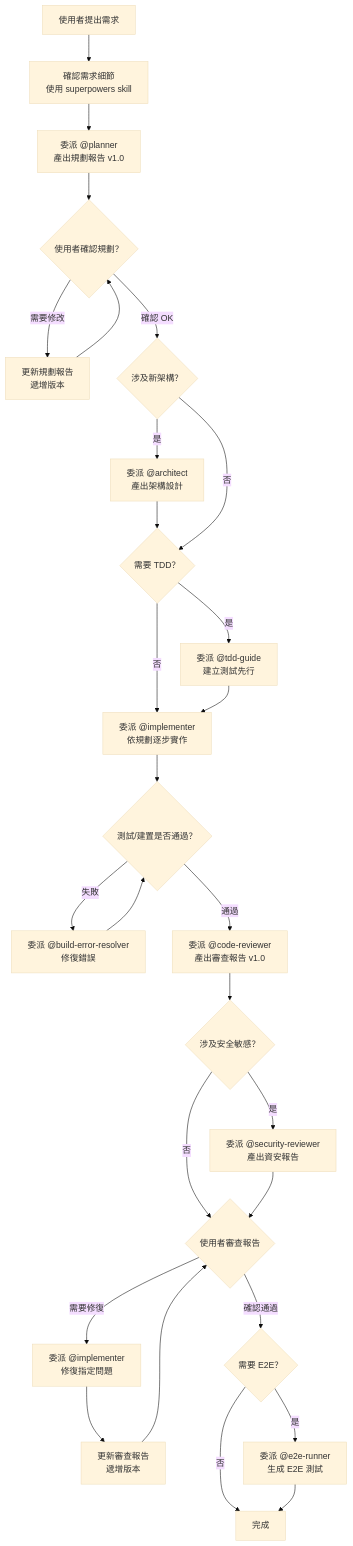
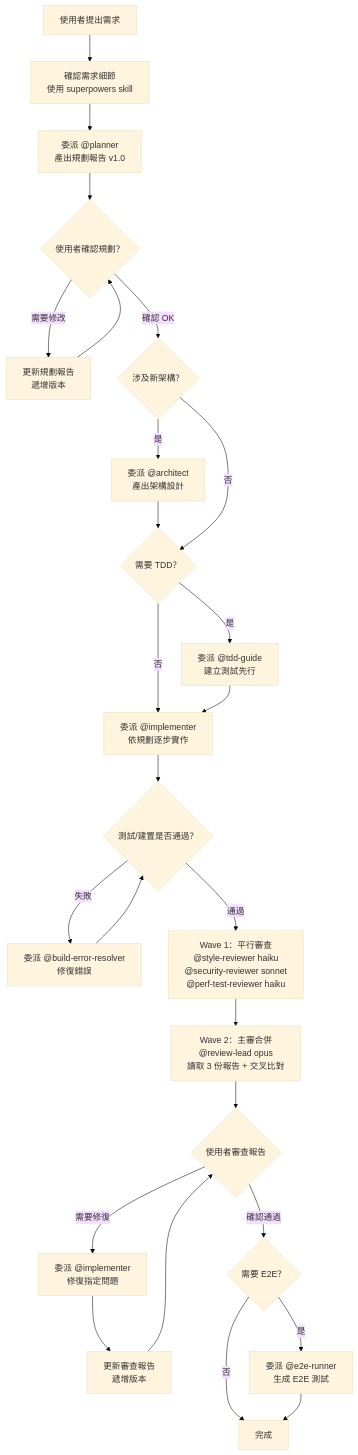
The diagram in README.md (changgenglu/ai-config), drawn with Mermaid (base theme) before and after one commit. The commit also changed other lines of this file and 6 other files, not shown here.

First line of the commit message:
feat: split code review into 4-agent team with cross-checking

````diff
--- a/README.md
+++ b/README.md
@@ -35,30 +35,28 @@
 ```mermaid
 flowchart TD
     U[使用者提出需求] --> CONFIRM[確認需求細節\n使用 superpowers skill]
     CONFIRM --> PLAN[委派 @planner\n產出規劃報告 v1.0]
     PLAN --> DISCUSS{使用者確認規劃？}
     DISCUSS -- 需要修改 --> REVISE[更新規劃報告\n遞增版本]
     REVISE --> DISCUSS
     DISCUSS -- 確認 OK --> ARCH{涉及新架構？}
     ARCH -- 是 --> DESIGN[委派 @architect\n產出架構設計]
     DESIGN --> TDD_Q{需要 TDD？}
     ARCH -- 否 --> TDD_Q
     TDD_Q -- 是 --> TDD[委派 @tdd-guide\n建立測試先行]
     TDD_Q -- 否 --> IMPL[委派 @implementer\n依規劃逐步實作]
     TDD --> IMPL
     IMPL --> TEST{測試/建置是否通過？}
     TEST -- 失敗 --> FIX[委派 @build-error-resolver\n修復錯誤]
     FIX --> TEST
-    TEST -- 通過 --> REVIEW[委派 @code-reviewer\n產出審查報告 v1.0]
-    REVIEW --> SEC_Q{涉及安全敏感？}
-    SEC_Q -- 是 --> SEC[委派 @security-reviewer\n產出資安報告]
-    SEC_Q -- 否 --> USER_REVIEW{使用者審查報告}
-    SEC --> USER_REVIEW
+    TEST -- 通過 --> W1[Wave 1：平行審查\n@style-reviewer haiku\n@security-reviewer sonnet\n@perf-test-reviewer haiku]
+    W1 --> W2[Wave 2：主審合併\n@review-lead opus\n讀取 3 份報告 + 交叉比對]
+    W2 --> USER_REVIEW{使用者審查報告}
     USER_REVIEW -- 需要修復 --> HOTFIX[委派 @implementer\n修復指定問題]
     HOTFIX --> RE_REVIEW[更新審查報告\n遞增版本]
     RE_REVIEW --> USER_REVIEW
     USER_REVIEW -- 確認通過 --> E2E_Q{需要 E2E？}
     E2E_Q -- 是 --> E2E[委派 @e2e-runner\n生成 E2E 測試]
     E2E_Q -- 否 --> DONE[完成]
     E2E --> DONE
 ```
````
